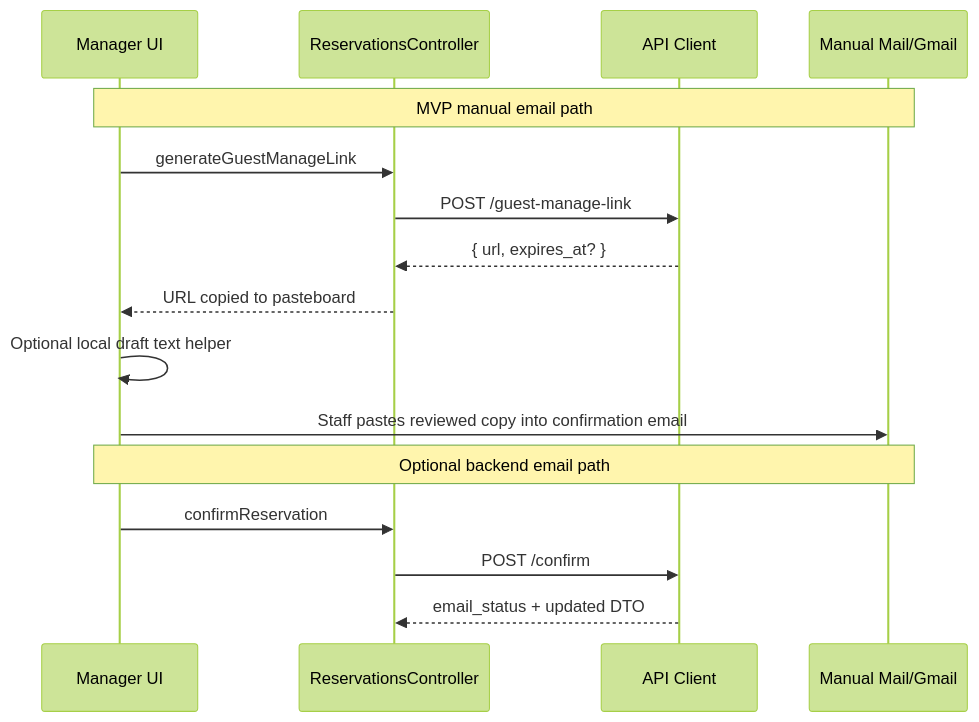
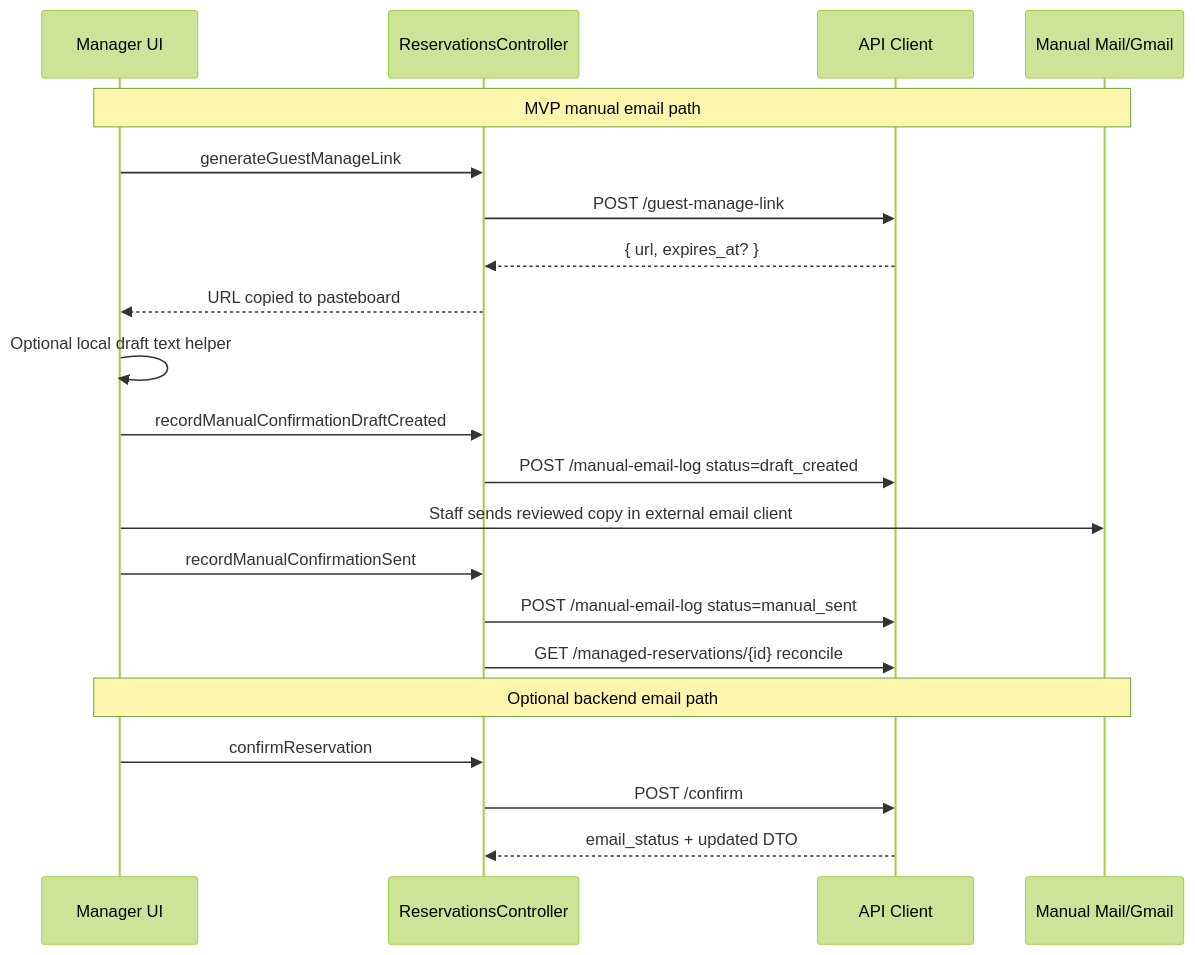
Before and after one commit to bohdan462/Reservation-iOS-App: the tenth of 12 diagrams in ARCHITECTURE_DIAGRAMS.md, drawn with Mermaid (forest theme). The commit also changed other lines of this file and 13 other files, not shown here.

Commit message:
Small UI changes and implemented user and manual email confirm to backend

````diff
--- a/ARCHITECTURE_DIAGRAMS.md
+++ b/ARCHITECTURE_DIAGRAMS.md
@@ -399,20 +408,25 @@
 ```mermaid
 sequenceDiagram
     participant M as Manager UI
     participant C as ReservationsController
     participant API as API Client
     participant Mail as Manual Mail/Gmail
 
     Note over M,Mail: MVP manual email path
     M->>C: generateGuestManageLink
     C->>API: POST /guest-manage-link
     API-->>C: { url, expires_at? }
     C-->>M: URL copied to pasteboard
     M->>M: Optional local draft text helper
-    M->>Mail: Staff pastes reviewed copy into confirmation email
+    M->>C: recordManualConfirmationDraftCreated
+    C->>API: POST /manual-email-log status=draft_created
+    M->>Mail: Staff sends reviewed copy in external email client
+    M->>C: recordManualConfirmationSent
+    C->>API: POST /manual-email-log status=manual_sent
+    C->>API: GET /managed-reservations/{id} reconcile
 
     Note over M,Mail: Optional backend email path
     M->>C: confirmReservation
     C->>API: POST /confirm
     API-->>C: email_status + updated DTO
 ```
````
